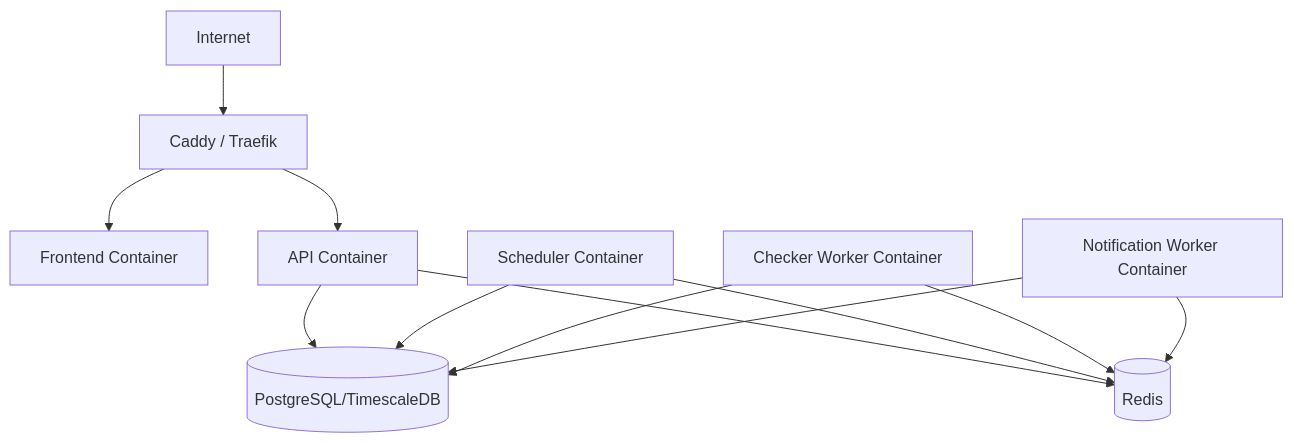
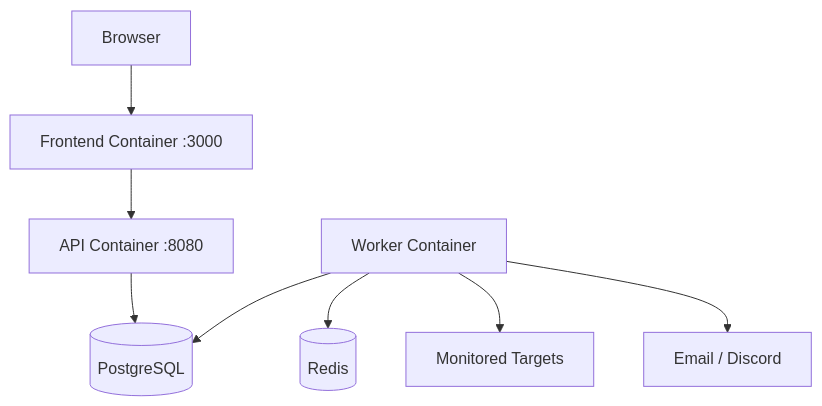
The second of 2 diagrams in docs/architecture.md (getzaa456/pulse-check), drawn with Mermaid before and after one commit. The commit also changed other lines of this file and 8 other files, not shown here.

````diff
--- a/docs/architecture.md
+++ b/docs/architecture.md
@@ -131,16 +103,11 @@
 ```mermaid
 flowchart TB
-    Internet --> RP[Caddy / Traefik]
-    RP --> FE[Frontend Container]
-    RP --> API[API Container]
+    Browser --> FE[Frontend Container :3000]
+    FE --> API[API Container :8080]
 
-    API --> DB[(PostgreSQL/TimescaleDB)]
-    API --> Redis[(Redis)]
-
-    Scheduler[Scheduler Container] --> DB
-    Scheduler --> Redis
-    Checker[Checker Worker Container] --> Redis
-    Checker --> DB
-    Notify[Notification Worker Container] --> Redis
-    Notify --> DB
+    API --> DB[(PostgreSQL)]
+    Worker[Worker Container] --> Redis[(Redis)]
+    Worker --> DB
+    Worker --> Targets[Monitored Targets]
+    Worker --> Providers[Email / Discord]
 ```
````
